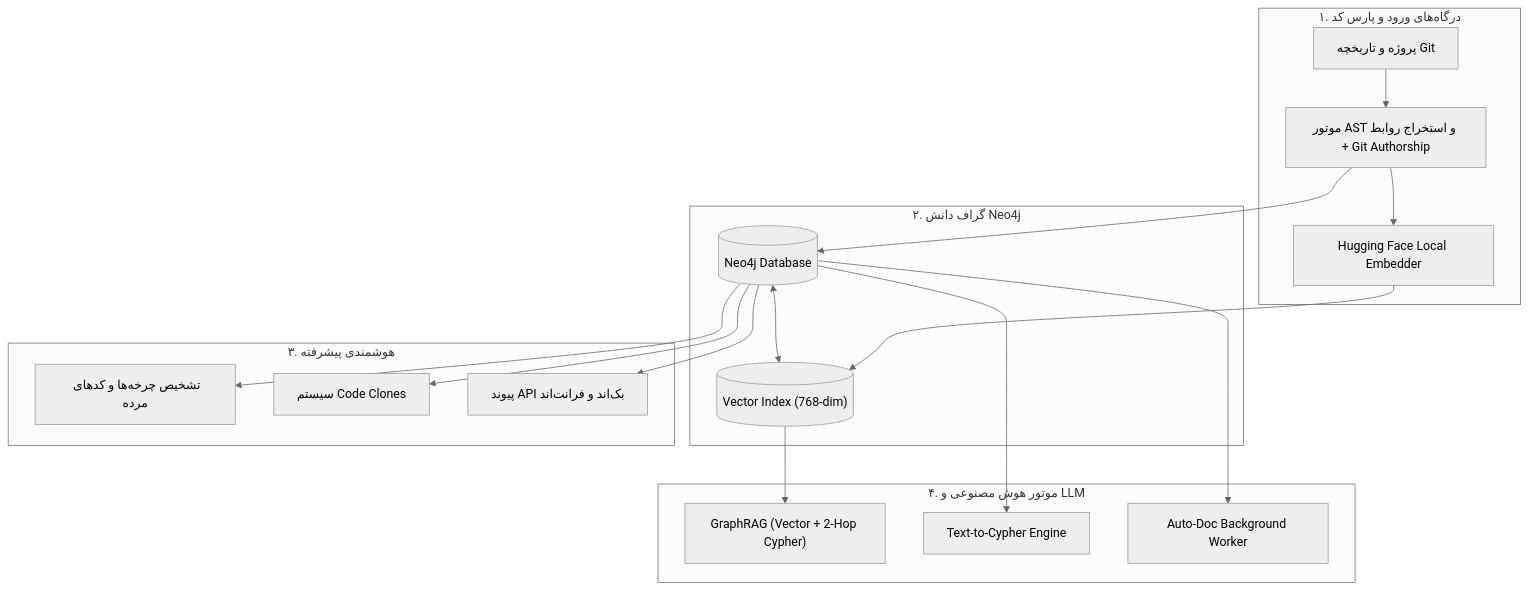
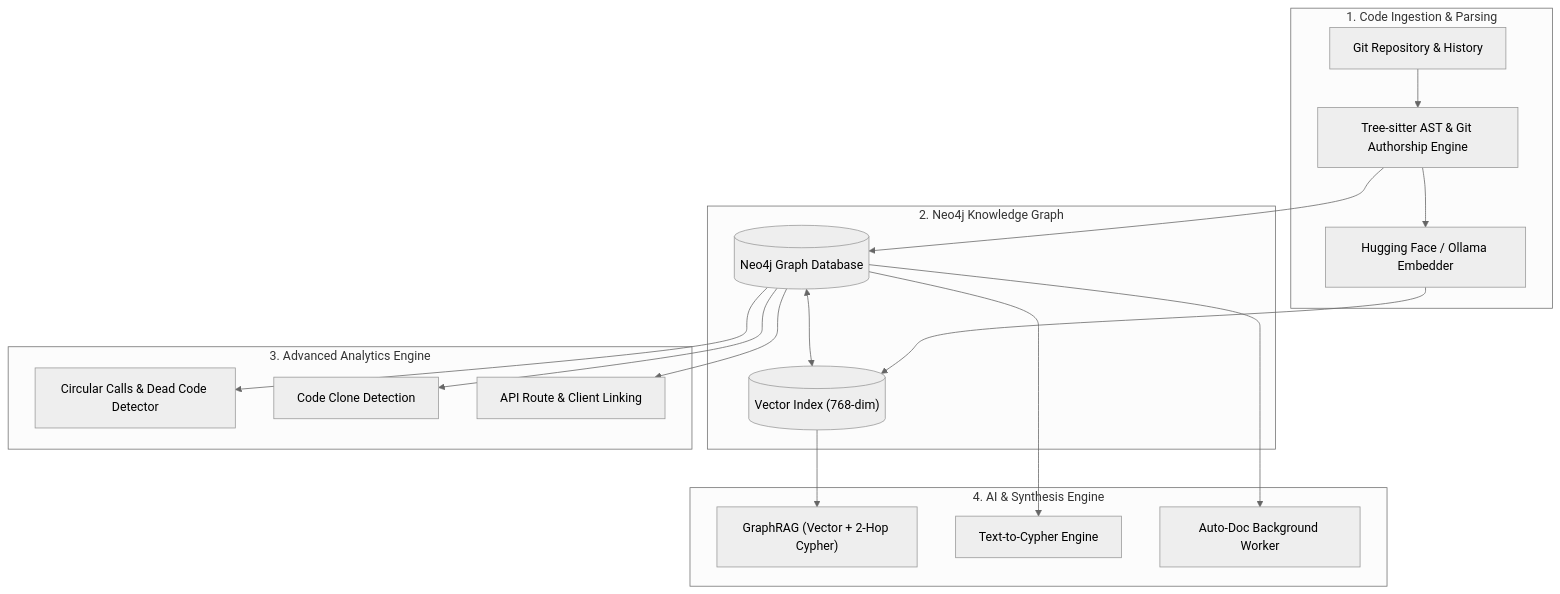
The diagram in README.md (moayedinia/Preflight), drawn with Mermaid (neutral theme) before and after one commit. The commit also changed other lines of this file and 8 other files, not shown here.

````diff
--- a/README.md
+++ b/README.md
@@ -72,25 +72,25 @@
 ```mermaid
 flowchart TD
-    subgraph Ingestion ["۱. درگاه‌های ورود و پارس کد"]
-        Repo["پروژه و تاریخچه Git"] --> Scanner["موتور AST و استخراج روابط + Git Authorship"]
-        Scanner --> Embedder["Hugging Face Local Embedder"]
+    subgraph Ingestion ["1. Code Ingestion & Parsing"]
+        Repo["Git Repository & History"] --> Scanner["Tree-sitter AST & Git Authorship Engine"]
+        Scanner --> Embedder["Hugging Face / Ollama Embedder"]
     end
 
-    subgraph Storage ["۲. گراف دانش Neo4j"]
-        Scanner --> Neo4j[("Neo4j Database")]
+    subgraph Storage ["2. Neo4j Knowledge Graph"]
+        Scanner --> Neo4j[("Neo4j Graph Database")]
         Embedder --> VectorIndex[("Vector Index (768-dim)")]
         Neo4j <--> VectorIndex
     end
 
-    subgraph Analytics ["۳. هوشمندی پیشرفته"]
-        Neo4j --> Smells["تشخیص چرخه‌ها و کدهای مرده"]
-        Neo4j --> Clones["سیستم Code Clones"]
-        Neo4j --> CrossService["پیوند API بک‌اند و فرانت‌اند"]
+    subgraph Analytics ["3. Advanced Analytics Engine"]
+        Neo4j --> Smells["Circular Calls & Dead Code Detector"]
+        Neo4j --> Clones["Code Clone Detection"]
+        Neo4j --> CrossService["API Route & Client Linking"]
     end
 
-    subgraph AI ["۴. موتور هوش مصنوعی و LLM"]
+    subgraph AI ["4. AI & Synthesis Engine"]
         VectorIndex --> RAG["GraphRAG (Vector + 2-Hop Cypher)"]
         Neo4j --> NL2Cypher["Text-to-Cypher Engine"]
         Neo4j --> AutoDoc["Auto-Doc Background Worker"]
     end
 ```
````
